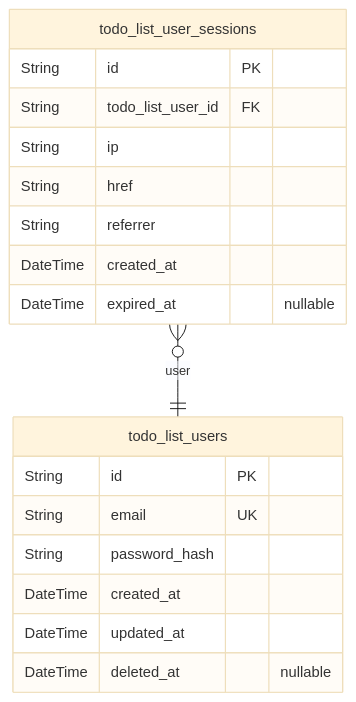
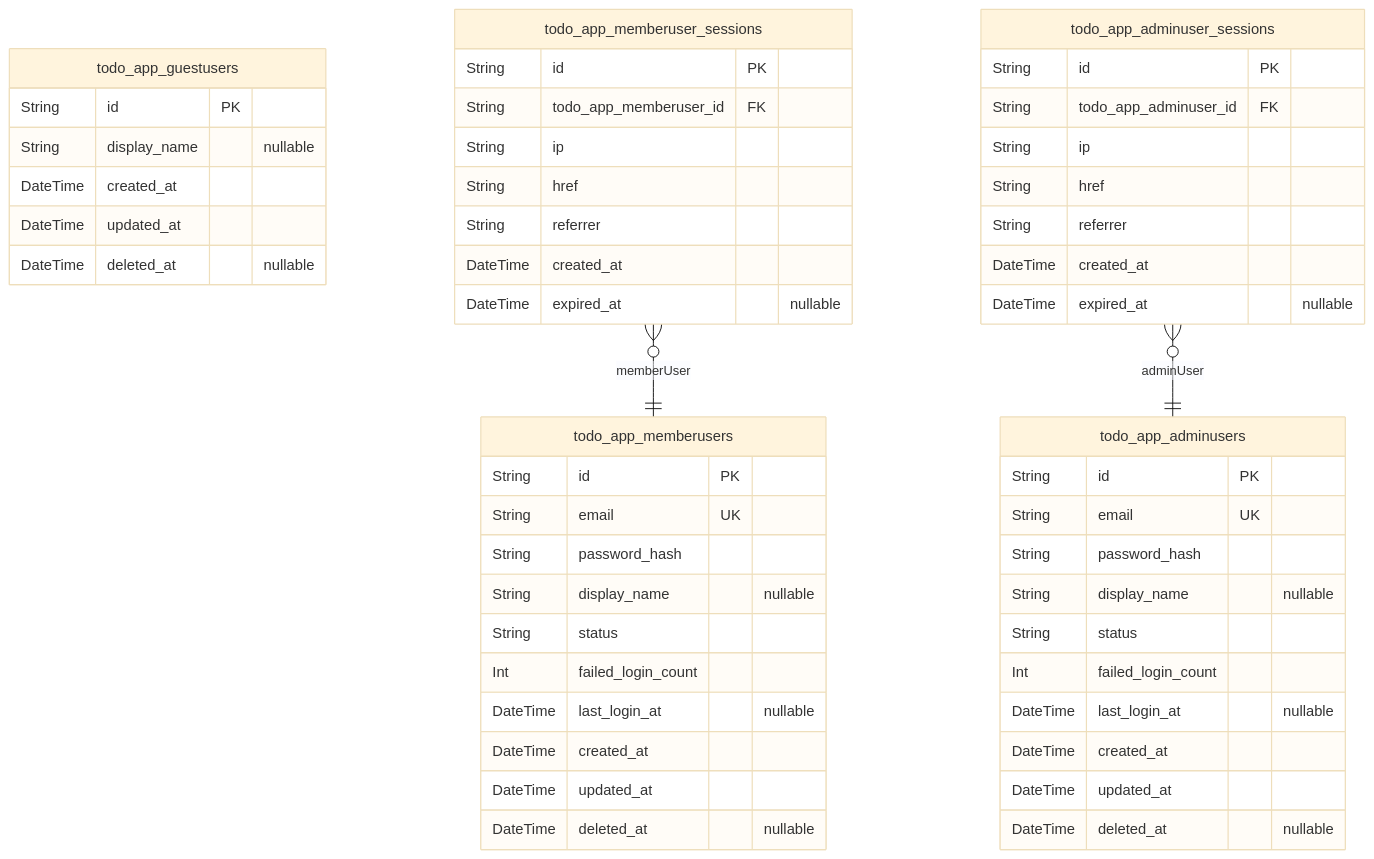
Before and after one commit to wrtnlabs/autobe-examples: the first of 3 diagrams in openai/gpt-5.1/todo/docs/ERD.md, drawn with Mermaid (base theme). The commit also changed other lines of this file and 1725 other files, not shown here.

````diff
--- a/openai/gpt-5.1/todo/docs/ERD.md
+++ b/openai/gpt-5.1/todo/docs/ERD.md
@@ -10,21 +11,54 @@
 ```mermaid
 erDiagram
-"todo_list_users" {
+"todo_app_guestusers" {
   String id PK
-  String email UK
-  String password_hash
+  String display_name "nullable"
   DateTime created_at
   DateTime updated_at
   DateTime deleted_at "nullable"
 }
-"todo_list_user_sessions" {
+"todo_app_memberusers" {
   String id PK
-  String todo_list_user_id FK
+  String email UK
+  String password_hash
+  String display_name "nullable"
+  String status
+  Int failed_login_count
+  DateTime last_login_at "nullable"
+  DateTime created_at
+  DateTime updated_at
+  DateTime deleted_at "nullable"
+}
+"todo_app_memberuser_sessions" {
+  String id PK
+  String todo_app_memberuser_id FK
   String ip
   String href
   String referrer
   DateTime created_at
   DateTime expired_at "nullable"
 }
-"todo_list_user_sessions" }o--|| "todo_list_users" : user
+"todo_app_adminusers" {
+  String id PK
+  String email UK
+  String password_hash
+  String display_name "nullable"
+  String status
+  Int failed_login_count
+  DateTime last_login_at "nullable"
+  DateTime created_at
+  DateTime updated_at
+  DateTime deleted_at "nullable"
+}
+"todo_app_adminuser_sessions" {
+  String id PK
+  String todo_app_adminuser_id FK
+  String ip
+  String href
+  String referrer
+  DateTime created_at
+  DateTime expired_at "nullable"
+}
+"todo_app_memberuser_sessions" }o--|| "todo_app_memberusers" : memberUser
+"todo_app_adminuser_sessions" }o--|| "todo_app_adminusers" : adminUser
 ```
````
